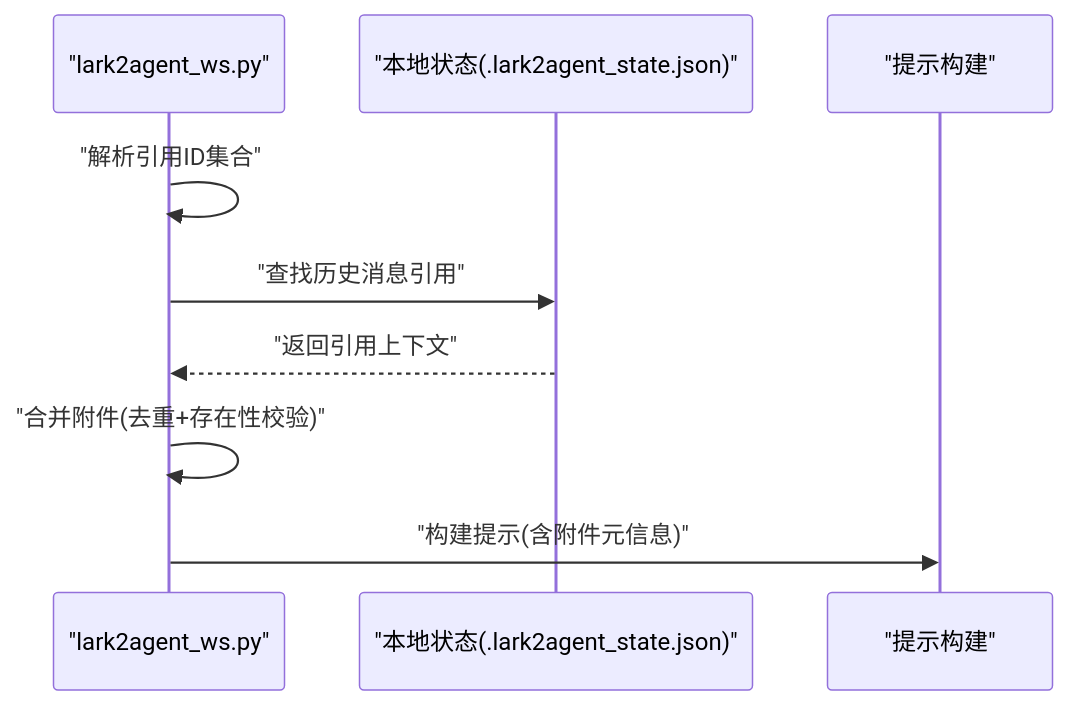
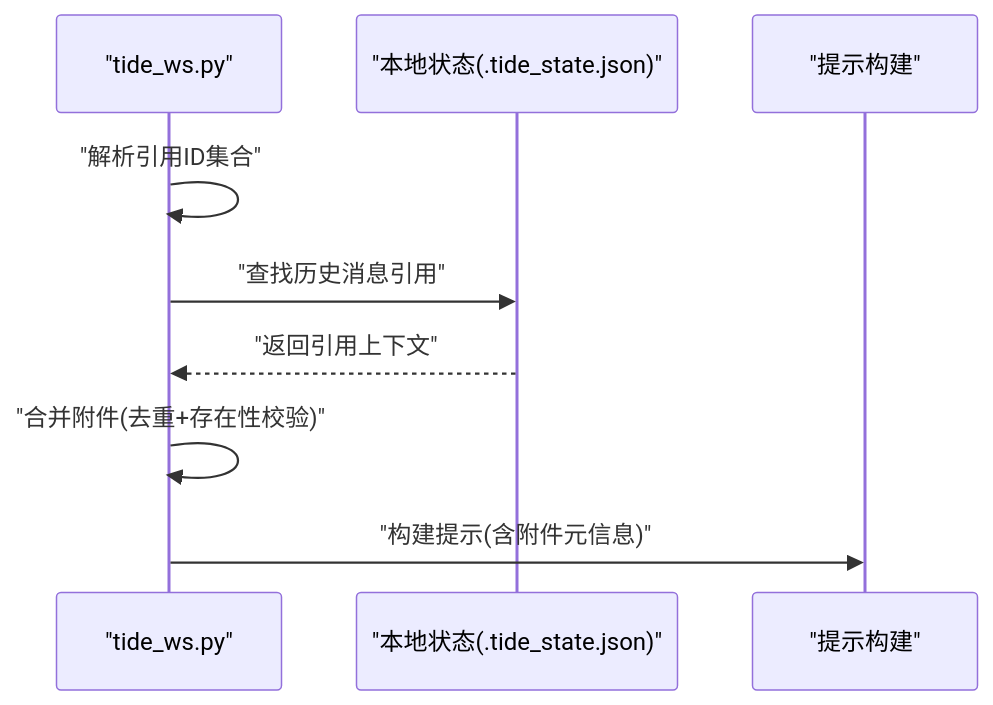
One commit to winditer/tide changed the seventh of 8 diagrams in .qoder/repowiki/zh/content/高级特性/附件处理.md. Above: the diagram before and after it, drawn with Mermaid. The commit also changed other lines of this file and 260 other files, not shown here.

````diff
--- a/.qoder/repowiki/zh/content/高级特性/附件处理.md
+++ b/.qoder/repowiki/zh/content/高级特性/附件处理.md
@@ -222,11 +222,11 @@
 ```mermaid
 sequenceDiagram
-participant WS as "lark2agent_ws.py"
-participant State as "本地状态(.lark2agent_state.json)"
+participant WS as "tide_ws.py"
+participant State as "本地状态(.tide_state.json)"
 participant Prompt as "提示构建"
 WS->>WS : "解析引用ID集合"
 WS->>State : "查找历史消息引用"
 State-->>WS : "返回引用上下文"
 WS->>WS : "合并附件(去重+存在性校验)"
 WS->>Prompt : "构建提示(含附件元信息)"
 ```
````
